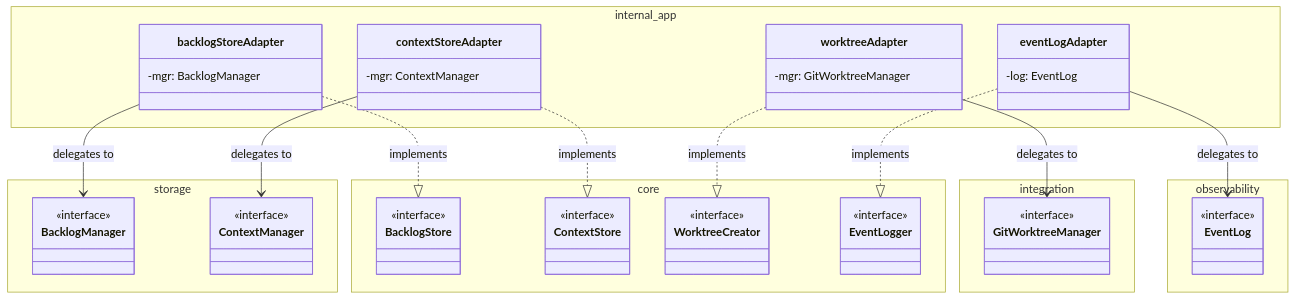
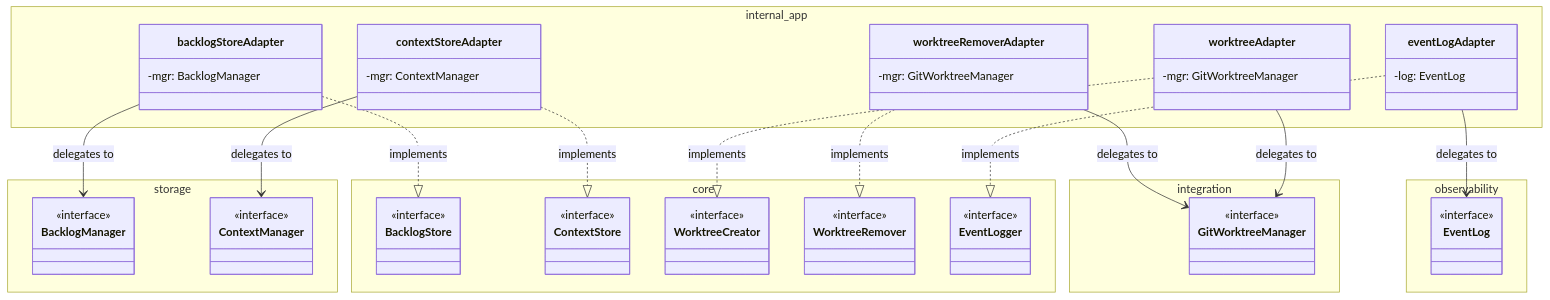
One commit to valter-silva-au/ai-dev-brain changed the third of 9 diagrams in docs/architecture.md. Above: the diagram before and after it, drawn with Mermaid. The commit also changed other lines of this file and 5 other files, not shown here.

````diff
--- a/docs/architecture.md
+++ b/docs/architecture.md
@@ -224,67 +231,76 @@
 ```mermaid
 classDiagram
     direction TB
 
     namespace core {
         class BacklogStore {
             <<interface>>
         }
         class ContextStore {
             <<interface>>
         }
         class WorktreeCreator {
+            <<interface>>
+        }
+        class WorktreeRemover {
             <<interface>>
         }
         class EventLogger {
             <<interface>>
         }
     }
 
     namespace storage {
         class BacklogManager {
             <<interface>>
         }
         class ContextManager {
             <<interface>>
         }
     }
 
     namespace integration {
         class GitWorktreeManager {
             <<interface>>
         }
     }
 
     namespace observability {
         class EventLog {
             <<interface>>
         }
     }
 
     namespace internal_app {
         class backlogStoreAdapter {
             -mgr: BacklogManager
         }
         class contextStoreAdapter {
             -mgr: ContextManager
         }
         class worktreeAdapter {
             -mgr: GitWorktreeManager
         }
+        class worktreeRemoverAdapter {
+            -mgr: GitWorktreeManager
+        }
         class eventLogAdapter {
             -log: EventLog
         }
     }
 
     backlogStoreAdapter ..|> BacklogStore : implements
     backlogStoreAdapter --> BacklogManager : delegates to
 
     contextStoreAdapter ..|> ContextStore : implements
     contextStoreAdapter --> ContextManager : delegates to
 
     worktreeAdapter ..|> WorktreeCreator : implements
     worktreeAdapter --> GitWorktreeManager : delegates to
 
+    worktreeRemoverAdapter ..|> WorktreeRemover : implements
+    worktreeRemoverAdapter --> GitWorktreeManager : delegates to
+
     eventLogAdapter ..|> EventLogger : implements
     eventLogAdapter --> EventLog : delegates to
 ```
````
